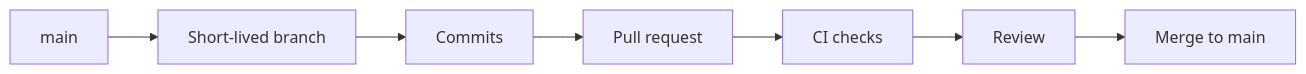
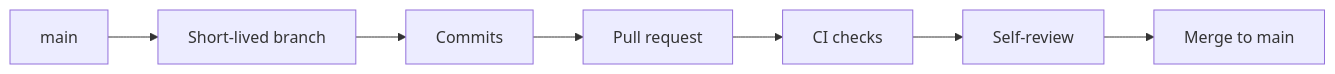
One commit to hunter-goller/Groovefolio changed the diagram in docs/development/git-workflow.md. Above: the diagram before and after it, drawn with Mermaid. The commit also changed other lines of this file and 24 other files, not shown here.

````diff
--- a/docs/development/git-workflow.md
+++ b/docs/development/git-workflow.md
@@ -8,9 +8,9 @@
 ```mermaid
 flowchart LR
     M[main] --> B[Short-lived branch]
     B --> C[Commits]
     C --> PR[Pull request]
     PR --> CI[CI checks]
-    CI --> RV[Review]
+    CI --> RV[Self-review]
     RV --> M2[Merge to main]
 ```
````
